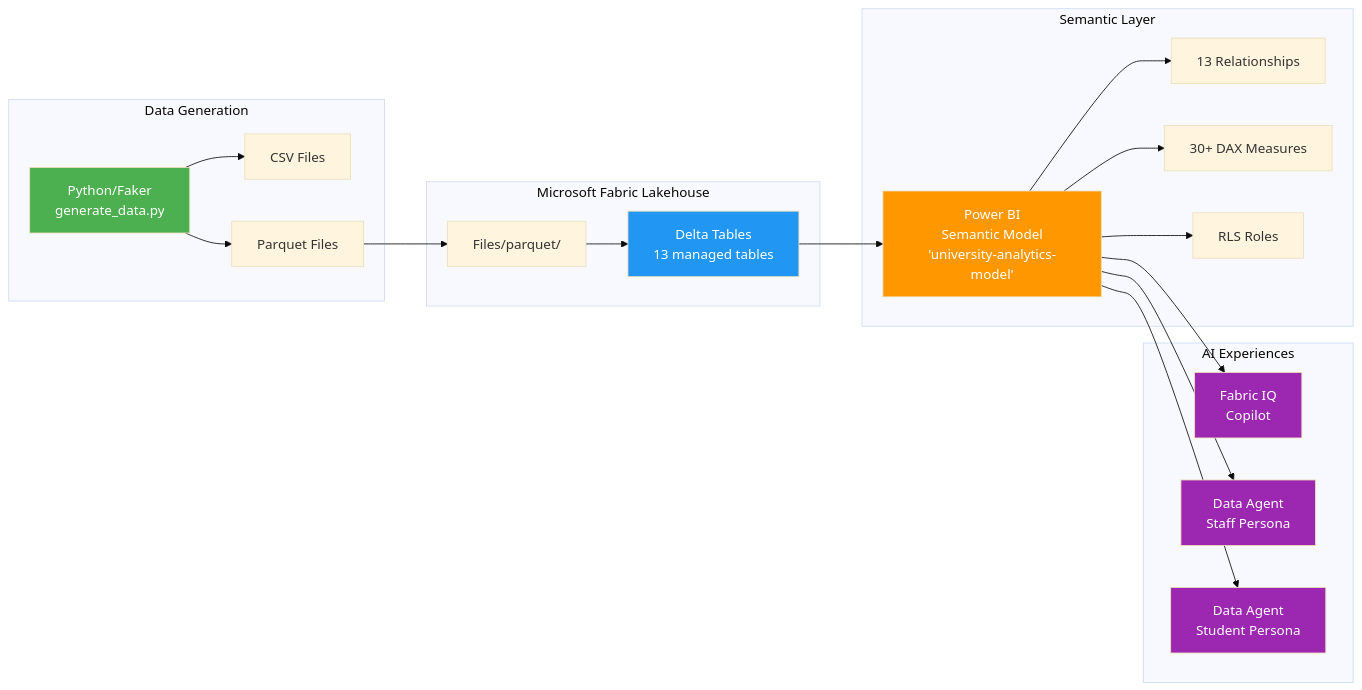
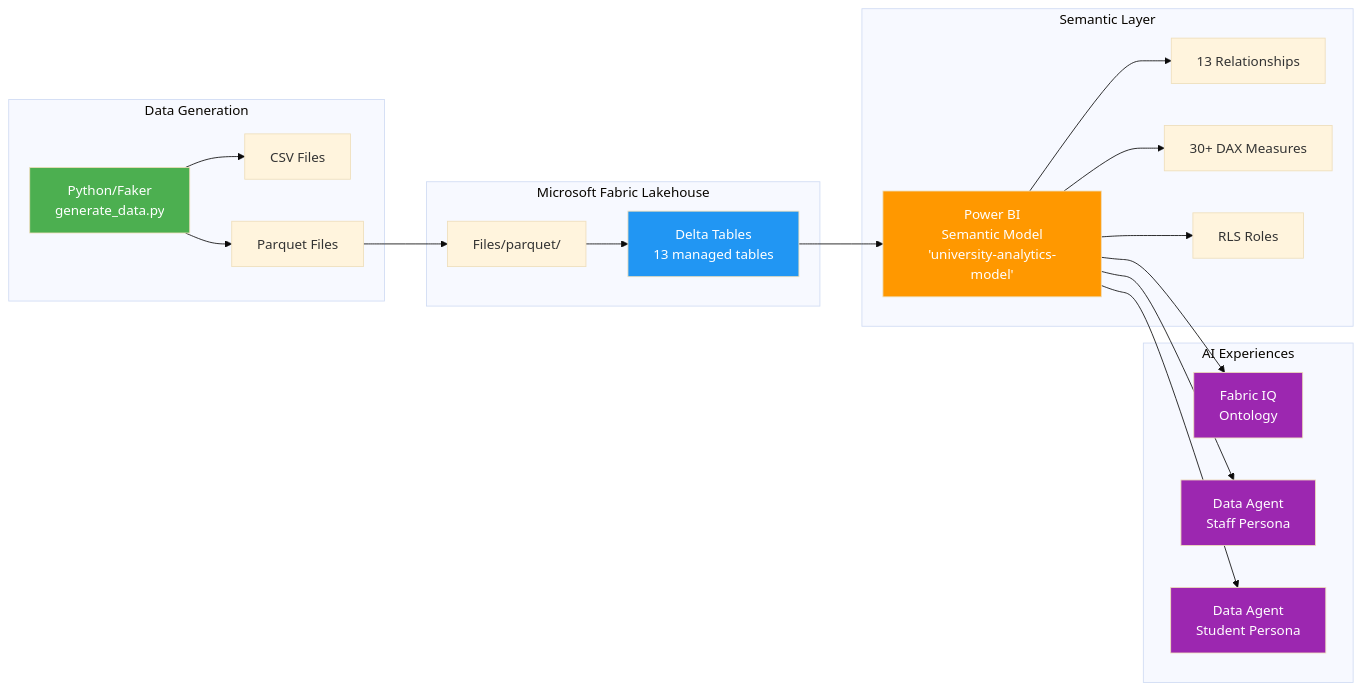
Before and after one commit to Maple0/fabric-edu-day: the first of 2 diagrams in docs/architecture_diagram.md, drawn with Mermaid (base theme). The commit also changed other lines of this file and 9 other files, not shown here.

````diff
--- a/docs/architecture_diagram.md
+++ b/docs/architecture_diagram.md
@@ -5,32 +5,32 @@
 ```mermaid
 graph LR
     subgraph "Data Generation"
         A[Python/Faker<br>generate_data.py] --> B[CSV Files]
         A --> C[Parquet Files]
     end
 
     subgraph "Microsoft Fabric Lakehouse"
         C --> D[Files/parquet/]
         D --> E[Delta Tables<br>13 managed tables]
     end
 
     subgraph "Semantic Layer"
         E --> F[Power BI<br>Semantic Model<br>'university-analytics-model']
         F --> G[13 Relationships]
         F --> H[30+ DAX Measures]
         F --> I[RLS Roles]
     end
 
     subgraph "AI Experiences"
-        F --> J[Fabric IQ<br>Copilot]
+        F --> J[Fabric IQ<br>Ontology]
         F --> K[Data Agent<br>Staff Persona]
         F --> L[Data Agent<br>Student Persona]
     end
 
     style A fill:#4CAF50,color:#fff
     style E fill:#2196F3,color:#fff
     style F fill:#FF9800,color:#fff
     style J fill:#9C27B0,color:#fff
     style K fill:#9C27B0,color:#fff
     style L fill:#9C27B0,color:#fff
 ```
````
